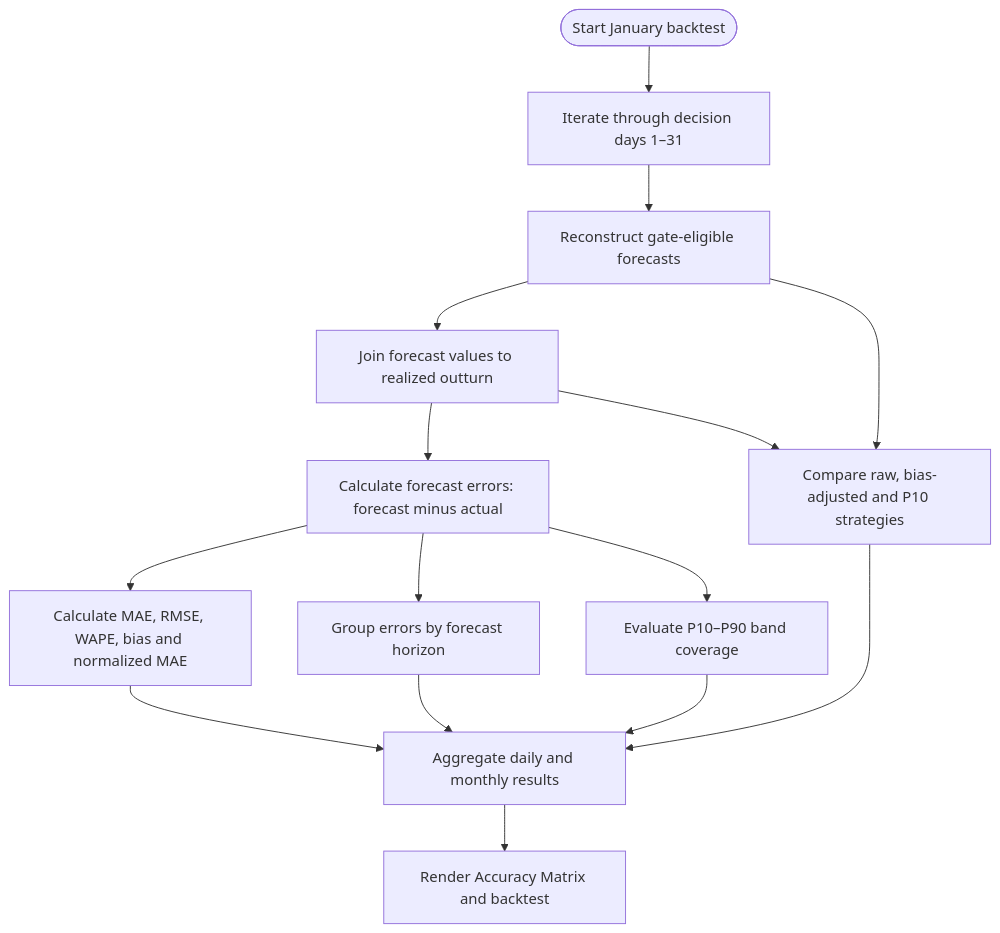
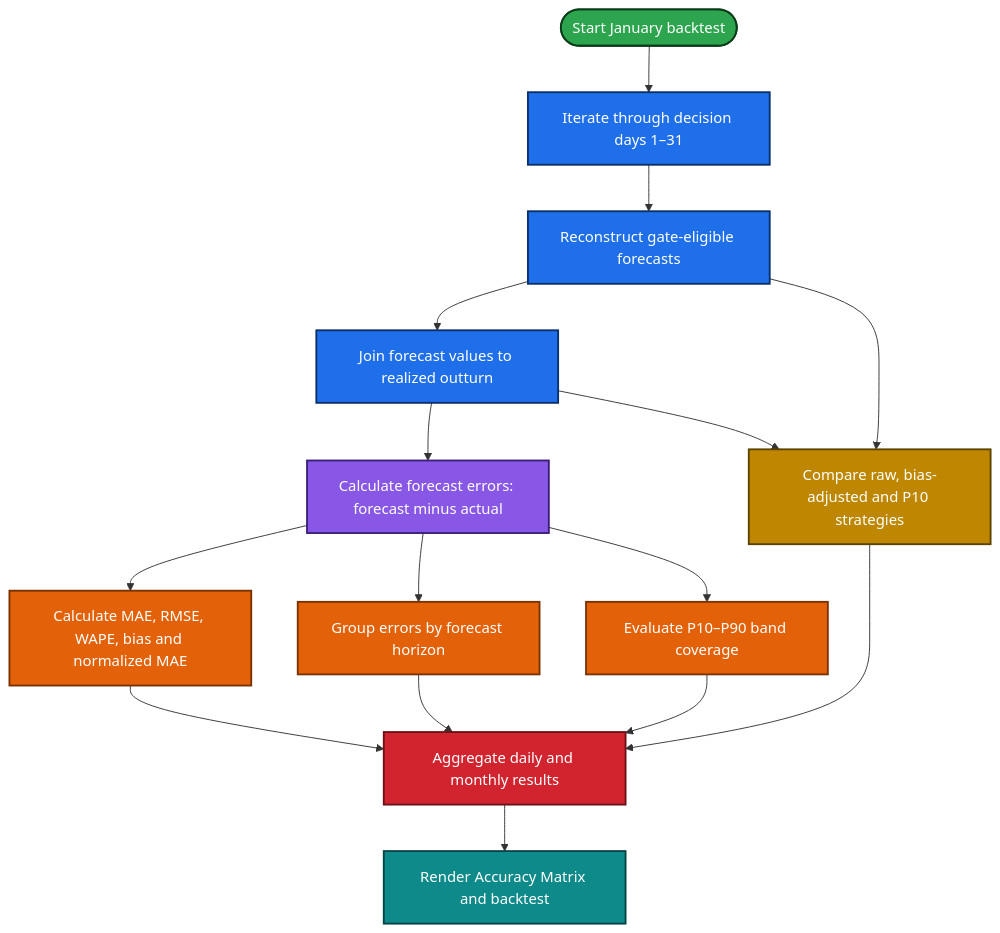
Before and after one commit to sourabhvamdevan/wind-matrix: the fifth of 7 diagrams in README.md, drawn with Mermaid. The commit also changed other lines of this file, not shown here.

First line of the commit message:
Enhance README with detailed workflow and architecture

````diff
--- a/README.md
+++ b/README.md
@@ -205,17 +283,36 @@
 ```mermaid
 flowchart TD
     A([Start January backtest]) --> B["Iterate through decision days 1–31"]
     B --> C["Reconstruct gate-eligible forecasts"]
     C --> D["Join forecast values to realized outturn"]
     D --> E["Calculate forecast errors: forecast minus actual"]
     E --> F["Calculate MAE, RMSE, WAPE, bias and normalized MAE"]
     E --> G["Group errors by forecast horizon"]
     E --> H["Evaluate P10–P90 band coverage"]
     C --> I["Compare raw, bias-adjusted and P10 strategies"]
     D --> I
     F --> J["Aggregate daily and monthly results"]
     G --> J
     H --> J
     I --> J
     J --> K["Render Accuracy Matrix and backtest"]
+
+    classDef ext fill:#1f6feb,stroke:#0a3069,color:#ffffff,stroke-width:2px
+    classDef ingest fill:#8957e5,stroke:#3b1e7a,color:#ffffff,stroke-width:2px
+    classDef store fill:#bf8700,stroke:#5c4400,color:#ffffff,stroke-width:2px
+    classDef engine fill:#d1242f,stroke:#6e1018,color:#ffffff,stroke-width:2px
+    classDef api fill:#e36209,stroke:#7a3300,color:#ffffff,stroke-width:2px
+    classDef front fill:#1a7f37,stroke:#0b3d1a,color:#ffffff,stroke-width:2px
+    classDef view fill:#0e8a8a,stroke:#054545,color:#ffffff,stroke-width:2px
+    classDef good fill:#2da44e,stroke:#0b3d1a,color:#ffffff,stroke-width:2px
+    classDef bad fill:#cf222e,stroke:#6e1018,color:#ffffff,stroke-width:2px
+    classDef decide fill:#f5c518,stroke:#7a5c00,color:#1b1f24,stroke-width:2px
+    classDef dark fill:#24292f,stroke:#000000,color:#ffffff,stroke-width:2px
+    class A good
+    class B,C,D ext
+    class E ingest
+    class F,G,H api
+    class I store
+    class J engine
+    class K view
 ```
````
